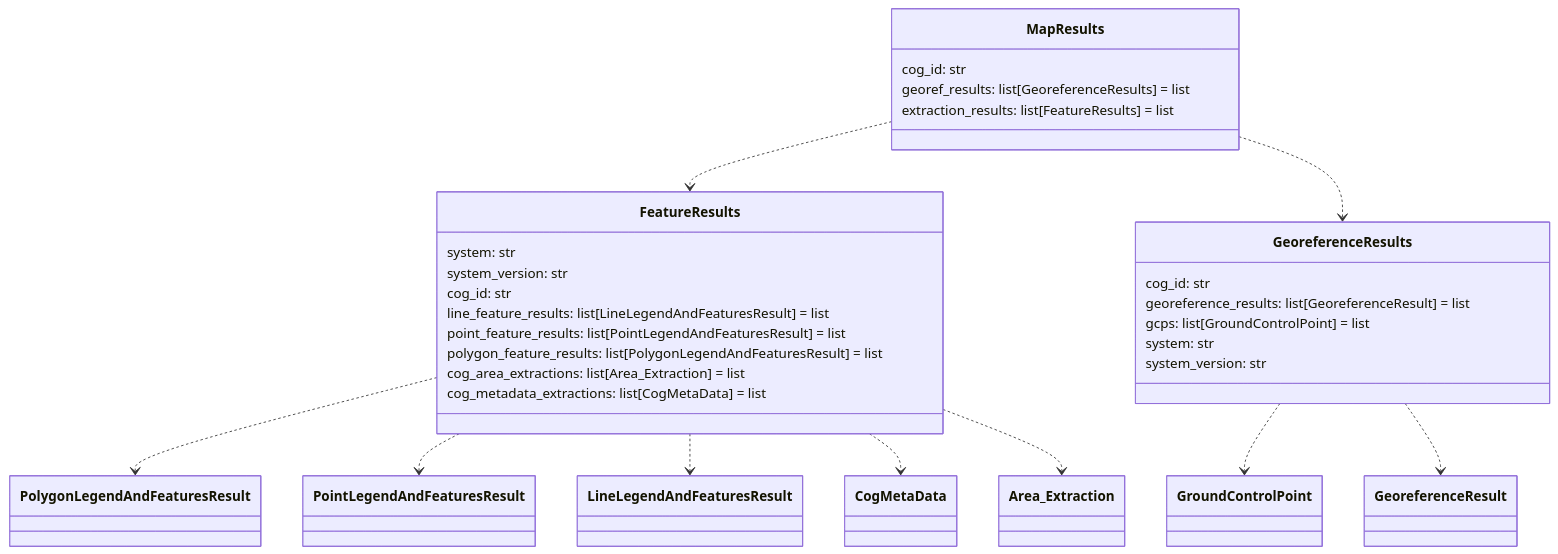
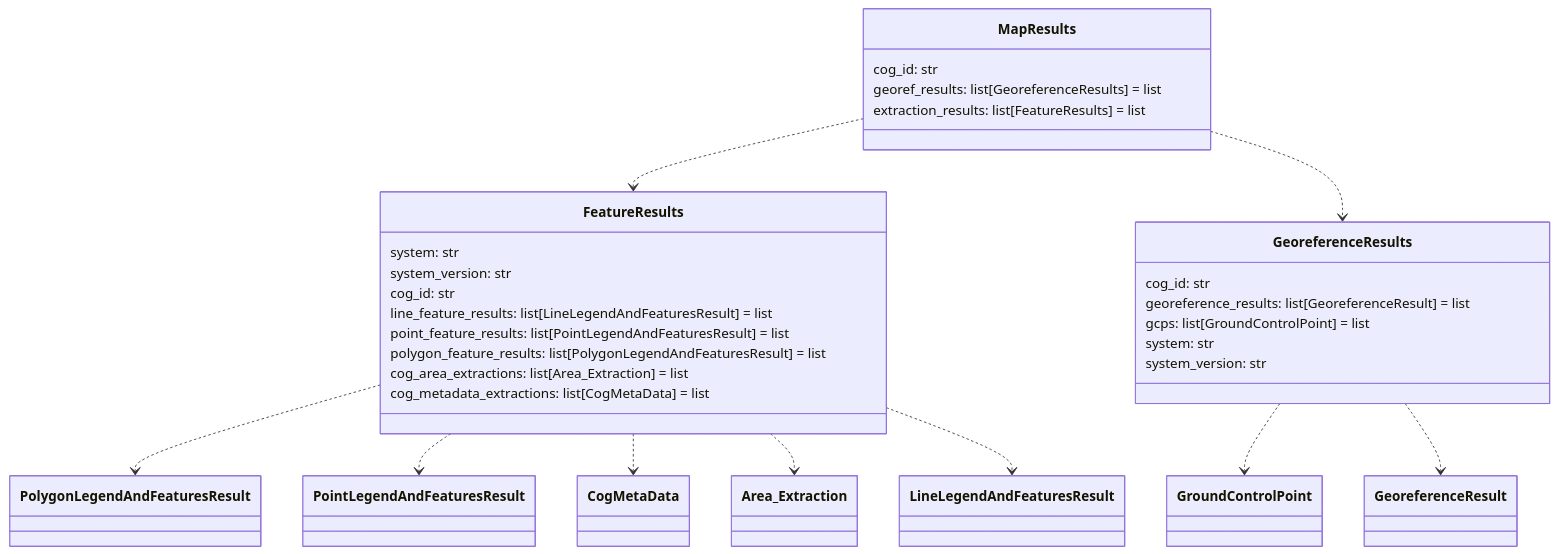
Before and after one commit to DARPA-CRITICALMAAS/cdr_schemas: diagram 11 of 14 in README.md, drawn with Mermaid. The commit also changed other lines of this file and 1 other file, not shown here.

````diff
--- a/README.md
+++ b/README.md
@@ -895,40 +895,40 @@
 ```mermaid
 classDiagram
 
     class FeatureResults {
         system: str
         system_version: str
         cog_id: str
         line_feature_results: list[LineLegendAndFeaturesResult] = list
         point_feature_results: list[PointLegendAndFeaturesResult] = list
         polygon_feature_results: list[PolygonLegendAndFeaturesResult] = list
         cog_area_extractions: list[Area_Extraction] = list
         cog_metadata_extractions: list[CogMetaData] = list
     }
 
     class MapResults {
         cog_id: str
         georef_results: list[GeoreferenceResults] = list
         extraction_results: list[FeatureResults] = list
     }
 
     class GeoreferenceResults {
         cog_id: str
         georeference_results: list[GeoreferenceResult] = list
         gcps: list[GroundControlPoint] = list
         system: str
         system_version: str
     }
 
     FeatureResults ..> PolygonLegendAndFeaturesResult
     FeatureResults ..> PointLegendAndFeaturesResult
-    FeatureResults ..> LineLegendAndFeaturesResult
     FeatureResults ..> CogMetaData
     FeatureResults ..> Area_Extraction
+    FeatureResults ..> LineLegendAndFeaturesResult
     GeoreferenceResults ..> GroundControlPoint
     GeoreferenceResults ..> GeoreferenceResult
     MapResults ..> FeatureResults
     MapResults ..> GeoreferenceResults
 
 
 ```
````
